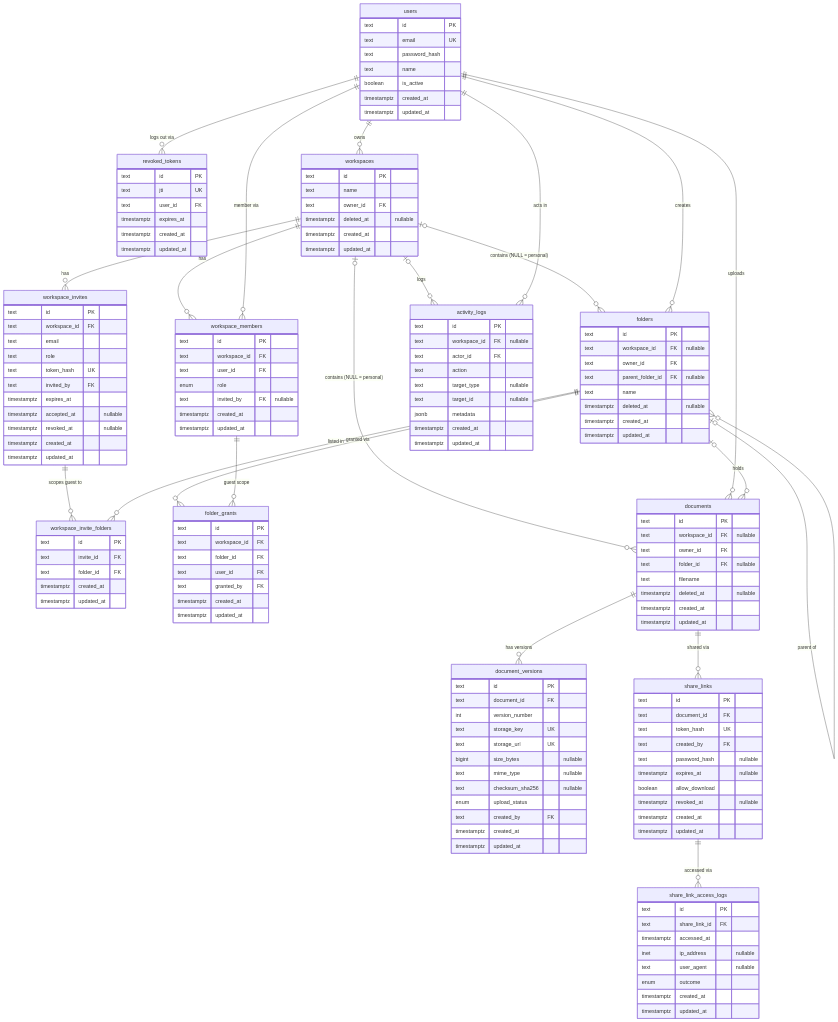
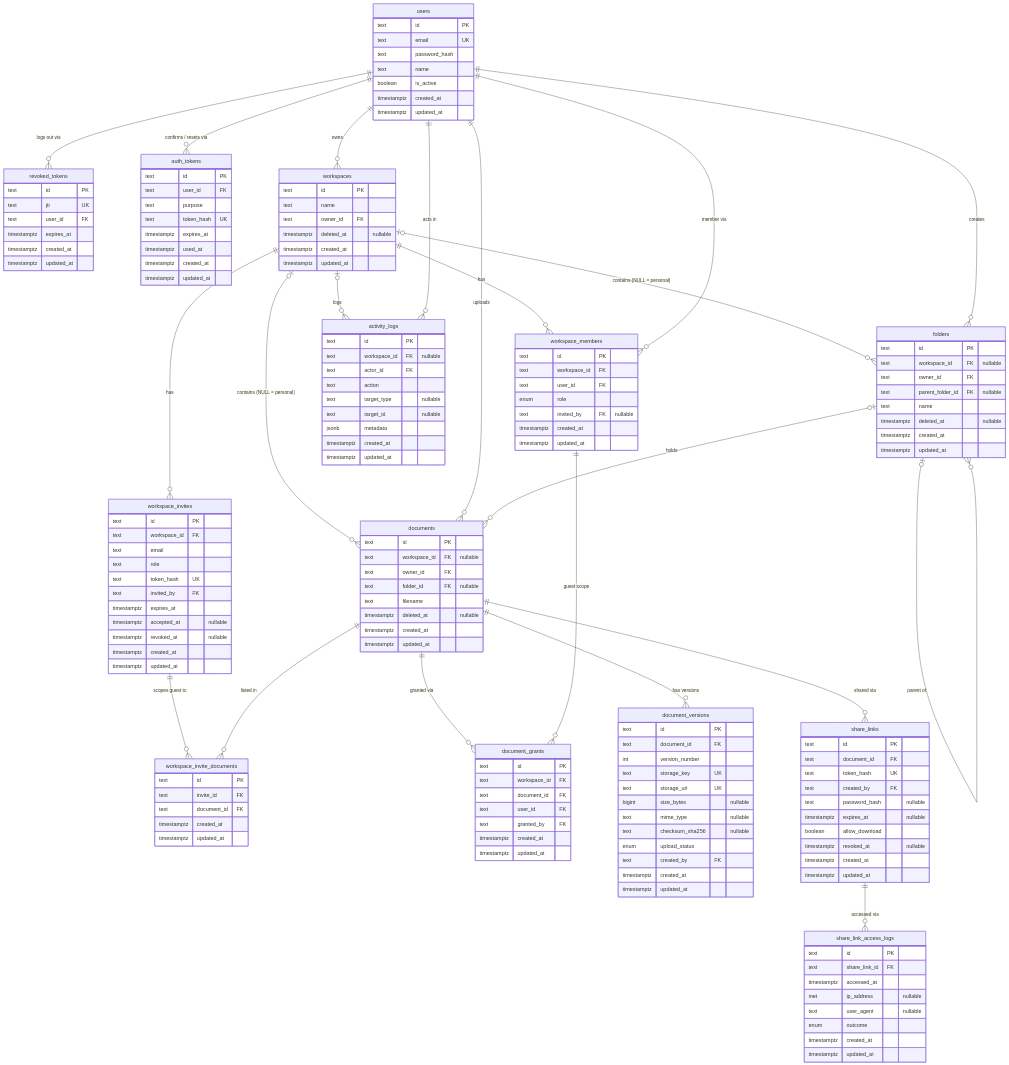
One commit to Amol892/DocVault changed the diagram in PRD/04-database-schema.md. Above: the diagram before and after it, drawn with Mermaid. The commit also changed other lines of this file and 144 other files, not shown here.

First line of the commit message:
DV-07..DV-09: activity log, share links, invites, recovery, guest document-level access, editable downloads & inline preview

````diff
--- a/PRD/04-database-schema.md
+++ b/PRD/04-database-schema.md
@@ -57,20 +57,21 @@
 ```mermaid
 erDiagram
     users ||--o{ revoked_tokens : "logs out via"
+    users ||--o{ auth_tokens : "confirms / resets via"
     users ||--o{ workspaces : "owns"
     workspaces ||--o{ workspace_members : "has"
     users ||--o{ workspace_members : "member via"
     workspaces ||--o{ workspace_invites : "has"
-    workspace_invites ||--o{ workspace_invite_folders : "scopes guest to"
-    folders ||--o{ workspace_invite_folders : "listed in"
+    workspace_invites ||--o{ workspace_invite_documents : "scopes guest to"
+    documents ||--o{ workspace_invite_documents : "listed in"
     workspaces |o--o{ folders : "contains (NULL = personal)"
     users ||--o{ folders : "creates"
     folders |o--o{ folders : "parent of"
-    folders ||--o{ folder_grants : "granted via"
-    workspace_members ||--o{ folder_grants : "guest scope"
     workspaces |o--o{ documents : "contains (NULL = personal)"
     users ||--o{ documents : "uploads"
     folders |o--o{ documents : "holds"
+    documents ||--o{ document_grants : "granted via"
+    workspace_members ||--o{ document_grants : "guest scope"
     documents ||--o{ document_versions : "has versions"
     documents ||--o{ share_links : "shared via"
     share_links ||--o{ share_link_access_logs : "accessed via"
@@ -91,6 +92,16 @@
         text jti UK
         text user_id FK
         timestamptz expires_at
+        timestamptz created_at
+        timestamptz updated_at
+    }
+    auth_tokens {
+        text id PK
+        text user_id FK
+        text purpose
+        text token_hash UK
+        timestamptz expires_at
+        timestamptz used_at
         timestamptz created_at
         timestamptz updated_at
     }
@@ -124,10 +135,10 @@
         timestamptz created_at
         timestamptz updated_at
     }
-    workspace_invite_folders {
+    workspace_invite_documents {
         text id PK
         text invite_id FK
-        text folder_id FK
+        text document_id FK
         timestamptz created_at
         timestamptz updated_at
     }
@@ -141,10 +152,10 @@
         timestamptz created_at
         timestamptz updated_at
     }
-    folder_grants {
+    document_grants {
         text id PK
         text workspace_id FK
-        text folder_id FK
+        text document_id FK
         text user_id FK
         text granted_by FK
         timestamptz created_at
````
